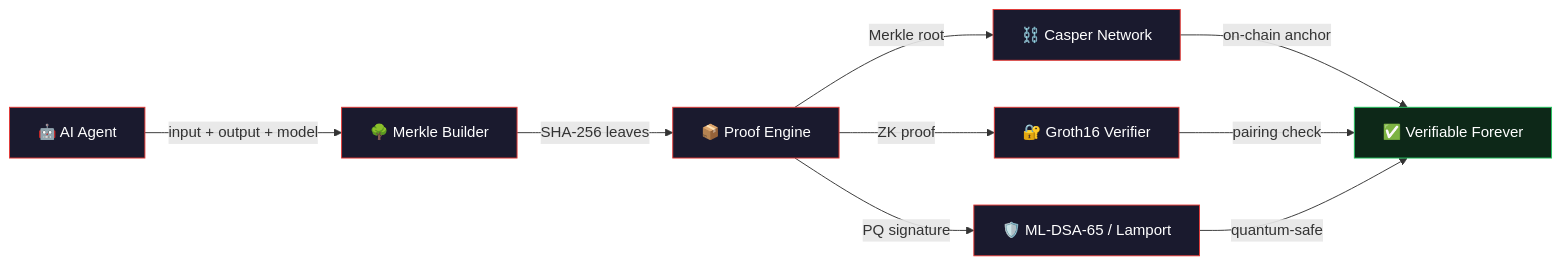
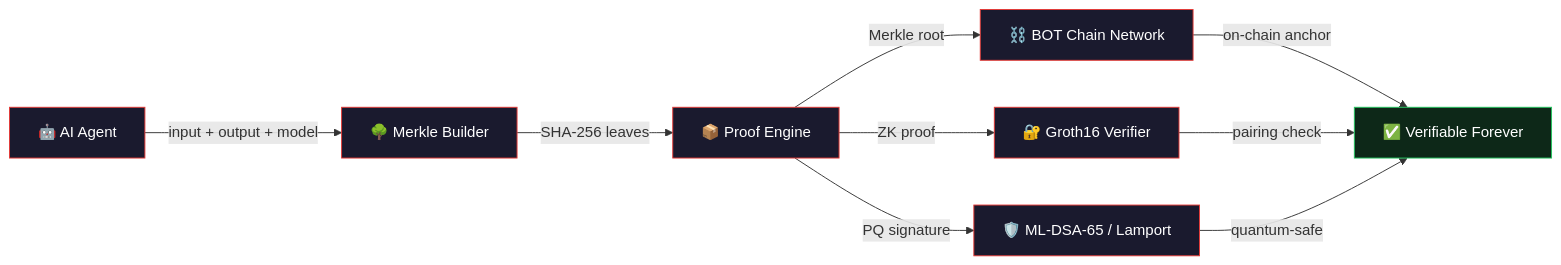
One commit to githoboman/Bot-prove changed the first of 2 diagrams in README.md. Above: the diagram before and after it, drawn with Mermaid. The commit also changed other lines of this file and 257 other files, not shown here.

````diff
--- a/README.md
+++ b/README.md
@@ -70,19 +70,19 @@
 ```mermaid
 flowchart LR
     A["🤖 AI Agent"] -->|"input + output + model"| B["🌳 Merkle Builder"]
     B -->|"SHA-256 leaves"| C["📦 Proof Engine"]
-    C -->|"Merkle root"| D["⛓️ Casper Network"]
+    C -->|"Merkle root"| D["⛓️ BOT Chain Network"]
     C -->|"ZK proof"| E["🔐 Groth16 Verifier"]
     C -->|"PQ signature"| F["🛡️ ML-DSA-65 / Lamport"]
     D -->|"on-chain anchor"| G["✅ Verifiable Forever"]
     E -->|"pairing check"| G
     F -->|"quantum-safe"| G
 
     style A fill:#1a1a2e,stroke:#e53935,color:#fff
     style B fill:#1a1a2e,stroke:#e53935,color:#fff
     style C fill:#1a1a2e,stroke:#e53935,color:#fff
     style D fill:#1a1a2e,stroke:#e53935,color:#fff
     style E fill:#1a1a2e,stroke:#e53935,color:#fff
     style F fill:#1a1a2e,stroke:#e53935,color:#fff
     style G fill:#0d2818,stroke:#22c55e,color:#fff
 ```
````
